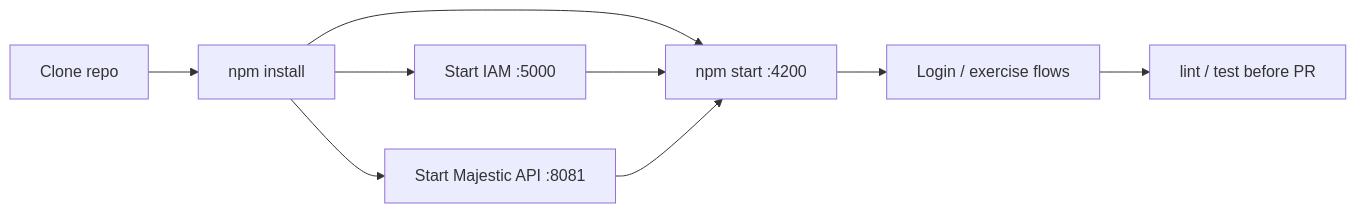
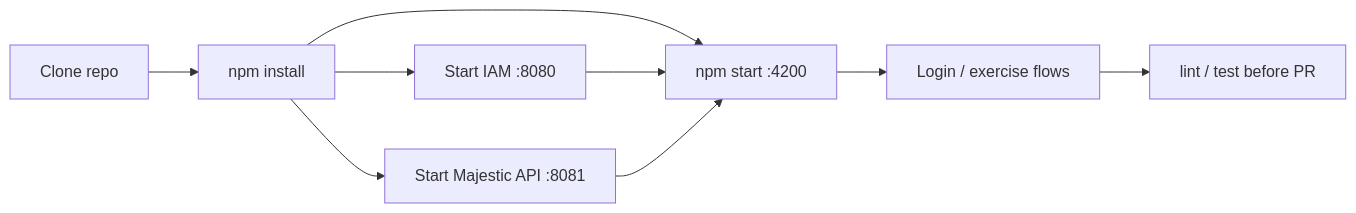
One commit to Jose-SN/majestic-warhorse changed the tenth of 12 diagrams in docs/product_requirements/01_Project_Overview.md. Above: the diagram before and after it, drawn with Mermaid. The commit also changed other lines of this file and 5 other files, not shown here.

````diff
--- a/docs/product_requirements/01_Project_Overview.md
+++ b/docs/product_requirements/01_Project_Overview.md
@@ -764,11 +764,11 @@
 ```mermaid
 flowchart LR
   A[Clone repo] --> B[npm install]
-  B --> C[Start IAM :5000]
+  B --> C[Start IAM :8080]
   B --> D[Start Majestic API :8081]
   B --> E[npm start :4200]
   C --> E
   D --> E
   E --> F[Login / exercise flows]
   F --> G[lint / test before PR]
 ```
````
